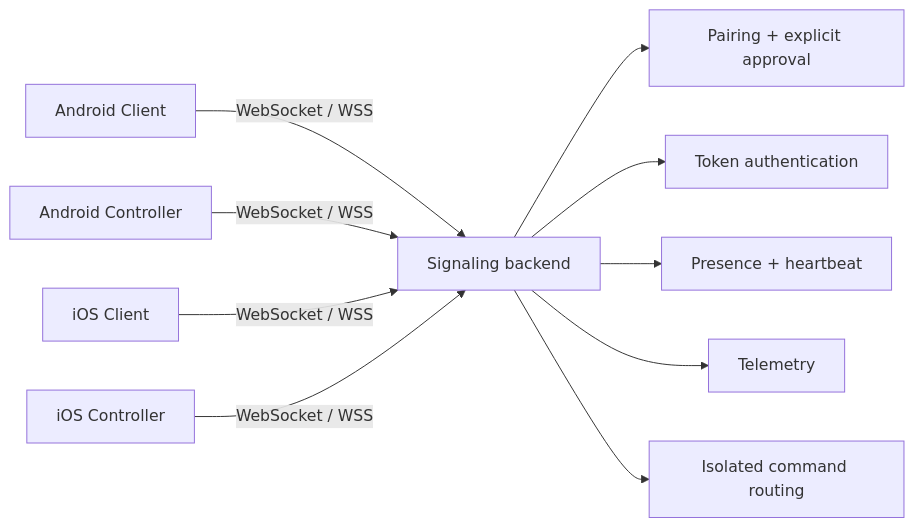
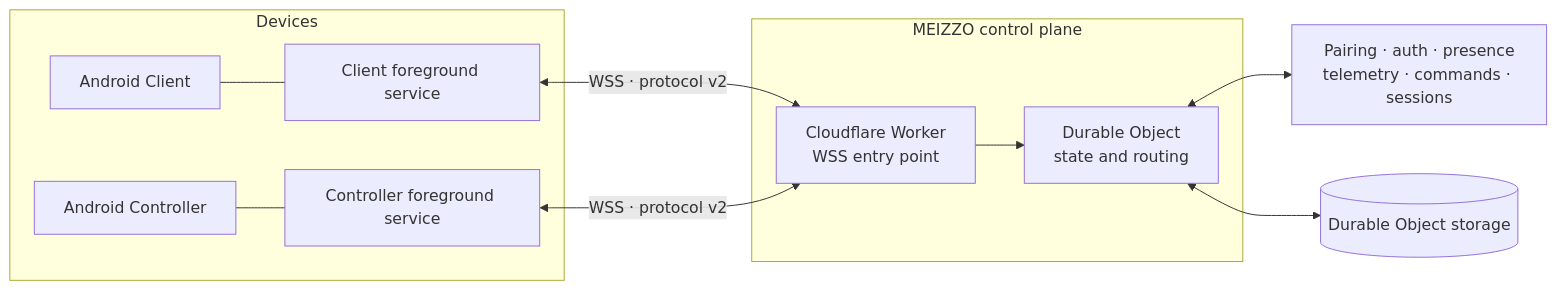
The first of 2 diagrams in README.md (rakhan17/Meizzo), drawn with Mermaid before and after one commit. The commit also changed other lines of this file, not shown here.

````diff
--- a/README.md
+++ b/README.md
@@ -144,12 +161,22 @@
 ```mermaid
 flowchart LR
-  AC[Android Client] -->|WebSocket / WSS| B[Signaling backend]
-  AO[Android Controller] -->|WebSocket / WSS| B
-  IC[iOS Client] -->|WebSocket / WSS| B
-  IO[iOS Controller] -->|WebSocket / WSS| B
-  B --> P[Pairing + explicit approval]
-  B --> A[Token authentication]
-  B --> R[Presence + heartbeat]
-  B --> T[Telemetry]
-  B --> C[Isolated command routing]
+  subgraph Devices
+    C[Android Client]
+    O[Android Controller]
+    CS[Client foreground service]
+    OS[Controller foreground service]
+    C --- CS
+    O --- OS
+  end
+
+  subgraph ControlPlane["MEIZZO control plane"]
+    W[Cloudflare Worker<br/>WSS entry point]
+    D[Durable Object<br/>state and routing]
+    W --> D
+  end
+
+  CS <-->|WSS · protocol v2| W
+  OS <-->|WSS · protocol v2| W
+  D <--> P[Pairing · auth · presence<br/>telemetry · commands · sessions]
+  D <--> S[(Durable Object storage)]
 ```
````
